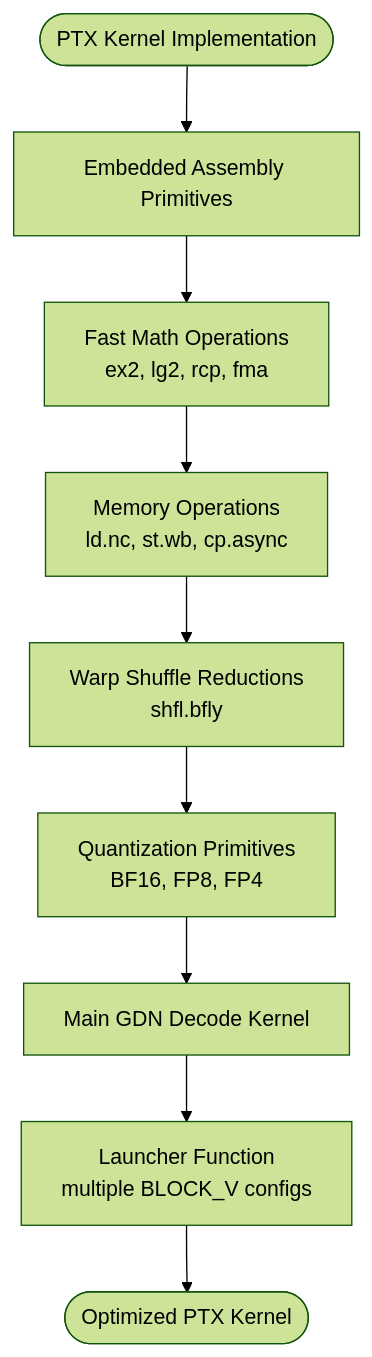
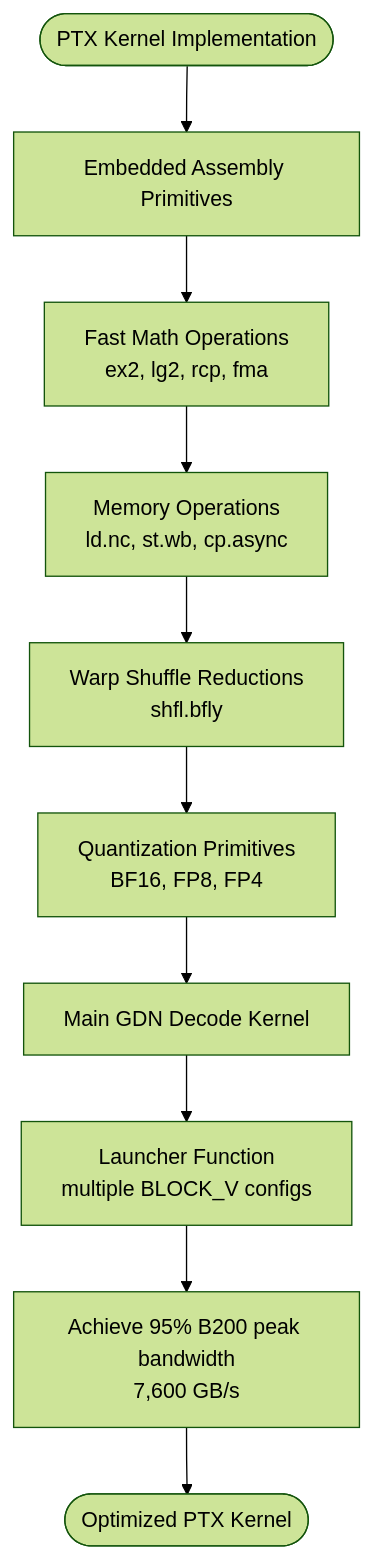
The eighth of 17 diagrams in .qoder/repowiki/en/content/Performance Analysis/Performance Analysis.md (gugudeshubao/flashinfer-bench-tma-thrust), drawn with Mermaid (forest theme) before and after one commit. The commit also changed other lines of this file and 21 other files, not shown here.

````diff
--- a/.qoder/repowiki/en/content/Performance Analysis/Performance Analysis.md
+++ b/.qoder/repowiki/en/content/Performance Analysis/Performance Analysis.md
@@ -611,11 +621,12 @@
 ```mermaid
 flowchart TD
 Start(["PTX Kernel Implementation"]) --> Assembly["Embedded Assembly Primitives"]
 Assembly --> MathOps["Fast Math Operations<br/>ex2, lg2, rcp, fma"]
 MathOps --> MemOps["Memory Operations<br/>ld.nc, st.wb, cp.async"]
 MemOps --> Reduce["Warp Shuffle Reductions<br/>shfl.bfly"]
 Reduce --> Quant["Quantization Primitives<br/>BF16, FP8, FP4"]
 Quant --> Kernel["Main GDN Decode Kernel"]
 Kernel --> Launch["Launcher Function<br/>multiple BLOCK_V configs"]
-Launch --> End(["Optimized PTX Kernel"])
+Launch --> PeakAchievement["Achieve 95% B200 peak bandwidth<br/>7,600 GB/s"]
+PeakAchievement --> End(["Optimized PTX Kernel"])
 ```
````
